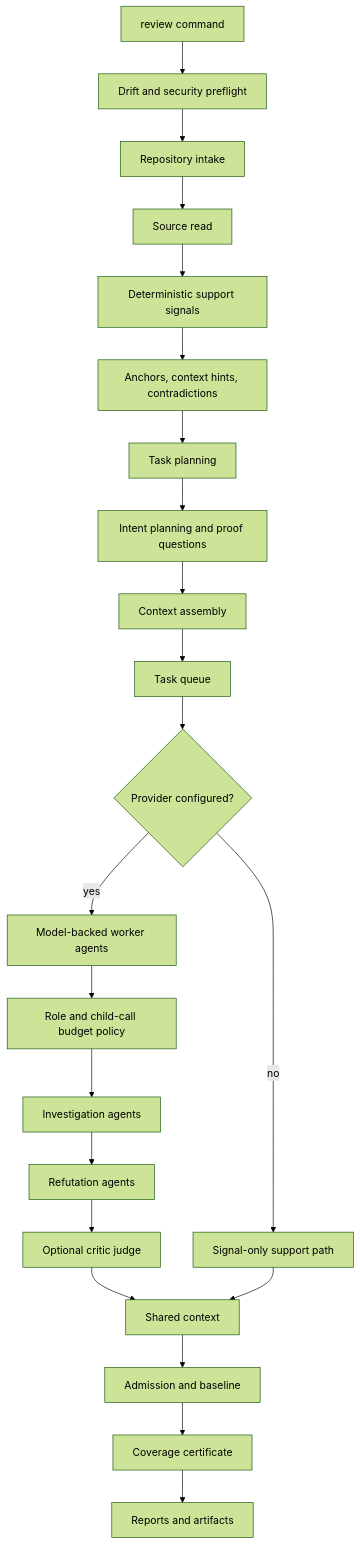
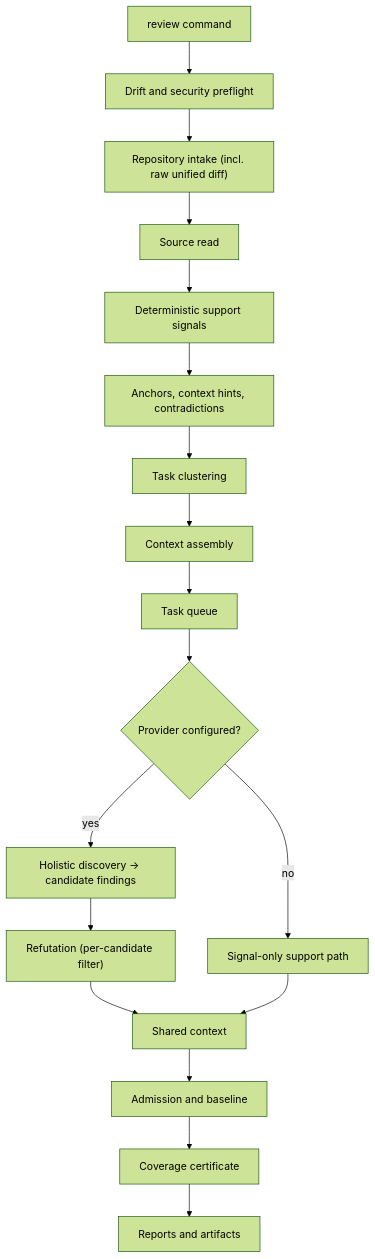
The second of 3 diagrams in docs/concepts/review-modes-and-flows.md (sebastianwessel/codereviewer), drawn with Mermaid (forest theme) before and after one commit. The commit also changed other lines of this file and 26 other files, not shown here.

````diff
--- a/docs/concepts/review-modes-and-flows.md
+++ b/docs/concepts/review-modes-and-flows.md
@@ -89,32 +62,28 @@
 ```mermaid
 flowchart TD
   Start["review command"]
   Drift["Drift and security preflight"]
-  Intake["Repository intake"]
+  Intake["Repository intake (incl. raw unified diff)"]
   Read["Source read"]
   Analysis["Deterministic support signals"]
   Facts["Anchors, context hints, contradictions"]
-  Plan["Task planning"]
-  IntentPlan["Intent planning and proof questions"]
+  Plan["Task clustering"]
   Assemble["Context assembly"]
   Queue["Task queue"]
   Provider{"Provider configured?"}
-  ModelWorkers["Model-backed worker agents"]
-  HarnessPolicy["Role and child-call budget policy"]
-  Investigation["Investigation agents"]
-  Refutation["Refutation agents"]
-  Judge["Optional critic judge"]
+  Discovery["Holistic discovery → candidate findings"]
+  Refutation["Refutation (per-candidate filter)"]
   SignalOnly["Signal-only support path"]
   Shared["Shared context"]
   Admission["Admission and baseline"]
   Coverage["Coverage certificate"]
   Reports["Reports and artifacts"]
 
-  Start --> Drift --> Intake --> Read --> Analysis --> Facts --> Plan --> IntentPlan --> Assemble --> Queue
+  Start --> Drift --> Intake --> Read --> Analysis --> Facts --> Plan --> Assemble --> Queue
   Queue --> Provider
-  Provider -- "yes" --> ModelWorkers
+  Provider -- "yes" --> Discovery
   Provider -- "no" --> SignalOnly
-  ModelWorkers --> HarnessPolicy --> Investigation --> Refutation --> Judge --> Shared
+  Discovery --> Refutation --> Shared
   SignalOnly --> Shared
   Shared --> Admission --> Coverage --> Reports
 ```
````
